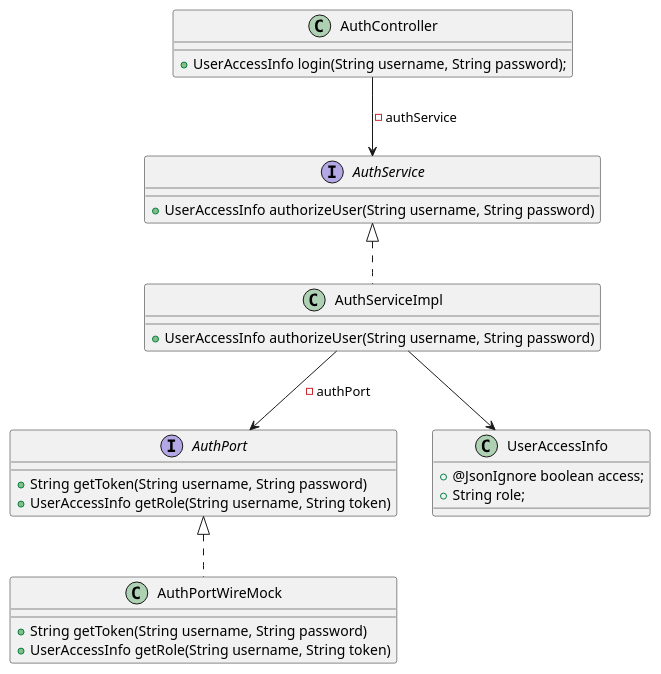
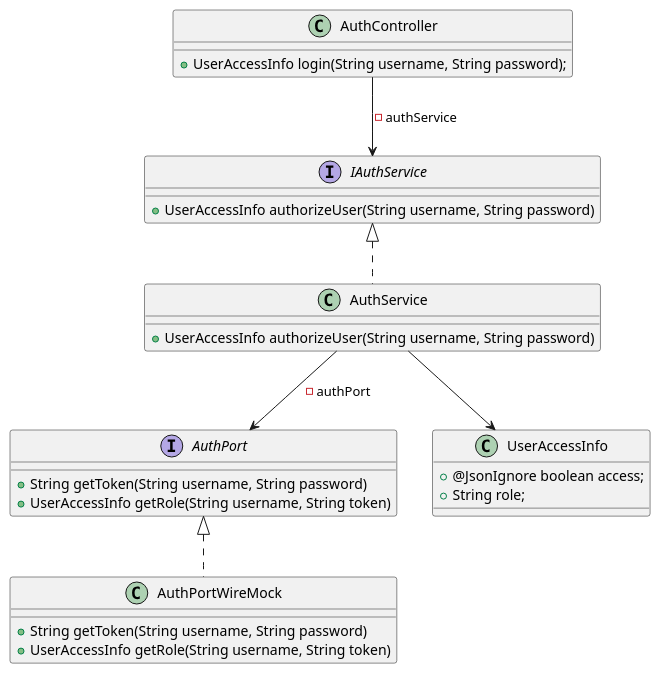
The diagram in week2/les3/pressure-cooker/4-klassen-totaal.puml (AIM-ENE-feb25/triptop-groep-b5), drawn with PlantUML before and after one commit.

```diff
--- a/week2/les3/pressure-cooker/4-klassen-totaal.puml
+++ b/week2/les3/pressure-cooker/4-klassen-totaal.puml
@@ -1,40 +1,40 @@
 @startuml
 'left to right direction
 
 class AuthController {
     +UserAccessInfo login(String username, String password);
 }
 
-interface AuthService {
+interface IAuthService {
     +UserAccessInfo authorizeUser(String username, String password)
 }
 
-AuthController --> AuthService: -authService
+AuthController --> IAuthService: -authService
 
-class AuthServiceImpl {
+class AuthService {
     +UserAccessInfo authorizeUser(String username, String password)
 }
-AuthService <|.. AuthServiceImpl
+IAuthService <|.. AuthService
 
 interface AuthPort {
     +String getToken(String username, String password)
     +UserAccessInfo getRole(String username, String token)
 }
 
-AuthServiceImpl --> AuthPort: -authPort
+AuthService --> AuthPort: -authPort
 
 class AuthPortWireMock {
     +String getToken(String username, String password)
     +UserAccessInfo getRole(String username, String token)
 }
 
 AuthPort <|.. AuthPortWireMock
 
 class UserAccessInfo {
     +@JsonIgnore boolean access;
     +String role;
 }
 
-AuthServiceImpl --> UserAccessInfo
+AuthService --> UserAccessInfo
 
 @enduml
```
